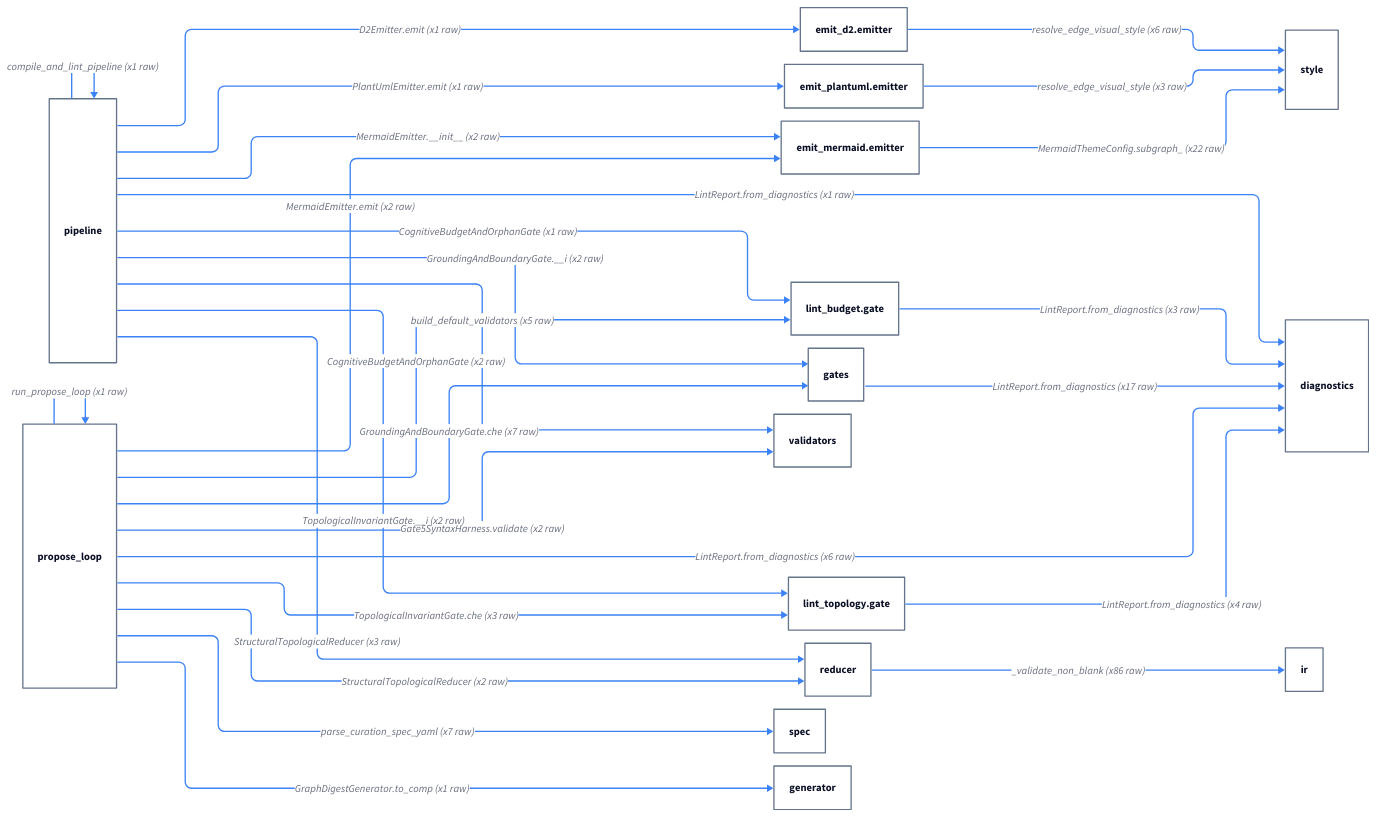
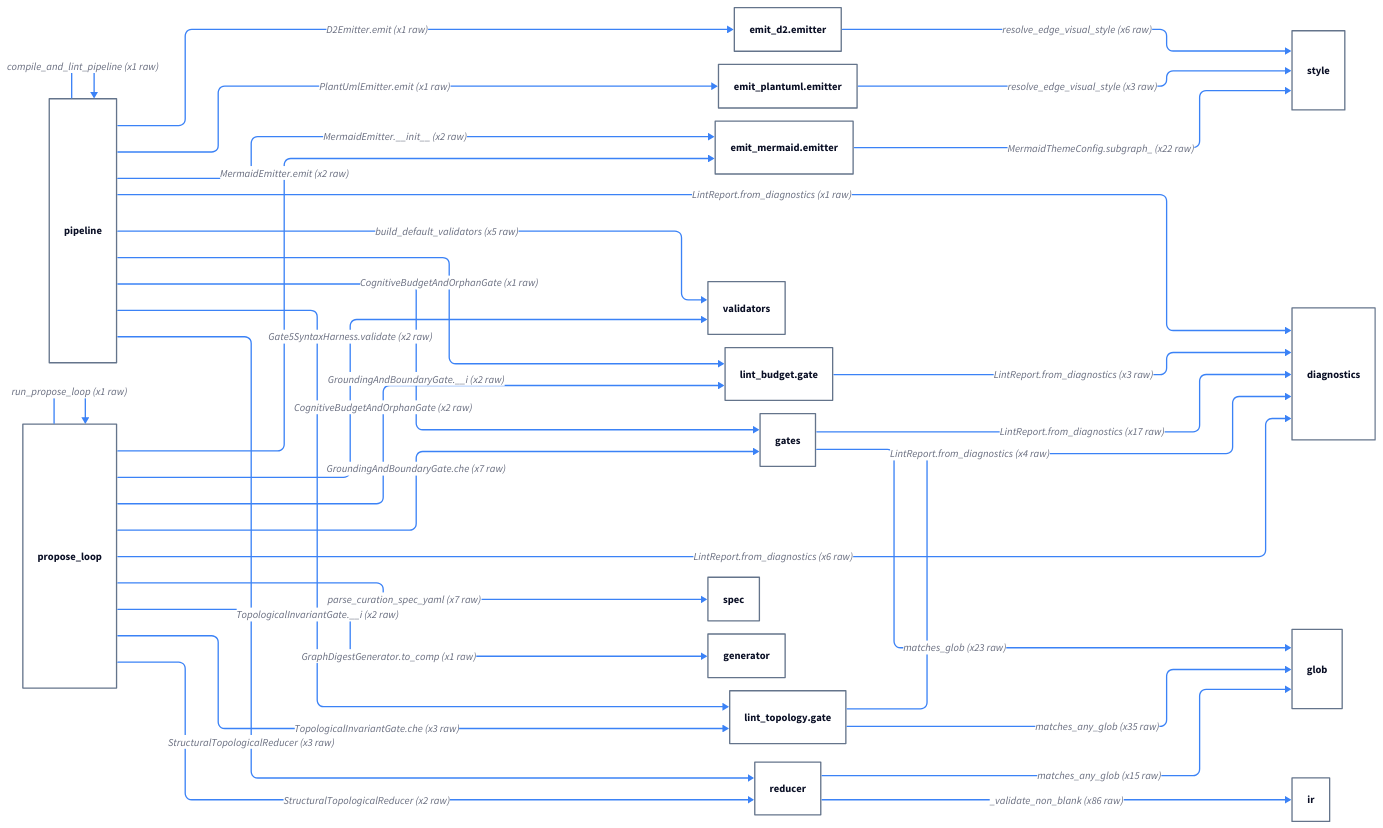
One commit to klcd/archigram changed the diagram in docs/architecture/diagrams/showcase_trace_triage.1_original.d2. Above: the diagram before and after it, drawn with D2. The commit also changed 49 other files, not shown here.

Commit message:
fix(domain): unify hierarchical glob matching across gates

```diff
--- a/docs/architecture/diagrams/showcase_trace_triage.1_original.d2
+++ b/docs/architecture/diagrams/showcase_trace_triage.1_original.d2
@@ -1,151 +1,164 @@
 vars: {
   d2-config: {
     layout-engine: elk
     theme-id: 0
     dark-theme-id: 200
   }
 }
 style.fill: transparent
 
 direction: right
 "archigram.domain.diagnostics": "diagnostics" {
+  style.fill: transparent
+  style.stroke: "#64748b"
+}
+"archigram.domain.glob": "glob" {
   style.fill: transparent
   style.stroke: "#64748b"
 }
 "archigram.domain.ir": "ir" {
   style.fill: transparent
   style.stroke: "#64748b"
 }
 "archigram.domain.spec": "spec" {
   style.fill: transparent
   style.stroke: "#64748b"
 }
 "archigram.domain.style": "style" {
   style.fill: transparent
   style.stroke: "#64748b"
 }
 "archigram.entrypoints.cli.pipeline": "pipeline" {
   style.fill: transparent
   style.stroke: "#64748b"
 }
 "archigram.entrypoints.mcp.propose_loop": "propose_loop" {
   style.fill: transparent
   style.stroke: "#64748b"
 }
 "archigram.features.digest.generator": "generator" {
   style.fill: transparent
   style.stroke: "#64748b"
 }
 "archigram.features.emit_d2.emitter": "emit_d2.emitter" {
   style.fill: transparent
   style.stroke: "#64748b"
 }
 "archigram.features.emit_mermaid.emitter": "emit_mermaid.emitter" {
   style.fill: transparent
   style.stroke: "#64748b"
 }
 "archigram.features.emit_plantuml.emitter": "emit_plantuml.emitter" {
   style.fill: transparent
   style.stroke: "#64748b"
 }
 "archigram.features.lint_budget.gate": "lint_budget.gate" {
   style.fill: transparent
   style.stroke: "#64748b"
 }
 "archigram.features.lint_grounding.gates": "gates" {
   style.fill: transparent
   style.stroke: "#64748b"
 }
 "archigram.features.lint_syntax.validators": "validators" {
   style.fill: transparent
   style.stroke: "#64748b"
 }
 "archigram.features.lint_topology.gate": "lint_topology.gate" {
   style.fill: transparent
   style.stroke: "#64748b"
 }
 "archigram.features.reduce_structural.reducer": "reducer" {
   style.fill: transparent
   style.stroke: "#64748b"
 }
 "archigram.entrypoints.cli.pipeline" -> "archigram.domain.diagnostics": "LintReport.from_diagnostics (x1 raw)" {
   style.stroke: "#3b82f6"
 }
 "archigram.entrypoints.cli.pipeline" -> "archigram.entrypoints.cli.pipeline": "compile_and_lint_pipeline (x1 raw)" {
   style.stroke: "#3b82f6"
 }
 "archigram.entrypoints.cli.pipeline" -> "archigram.features.emit_d2.emitter": "D2Emitter.emit (x1 raw)" {
   style.stroke: "#3b82f6"
 }
 "archigram.entrypoints.cli.pipeline" -> "archigram.features.emit_mermaid.emitter": "MermaidEmitter.__init__ (x2 raw)" {
   style.stroke: "#3b82f6"
 }
 "archigram.entrypoints.cli.pipeline" -> "archigram.features.emit_plantuml.emitter": "PlantUmlEmitter.emit (x1 raw)" {
   style.stroke: "#3b82f6"
 }
 "archigram.entrypoints.cli.pipeline" -> "archigram.features.lint_budget.gate": "CognitiveBudgetAndOrphanGate (x1 raw)" {
   style.stroke: "#3b82f6"
 }
 "archigram.entrypoints.cli.pipeline" -> "archigram.features.lint_grounding.gates": "GroundingAndBoundaryGate.__i (x2 raw)" {
   style.stroke: "#3b82f6"
 }
 "archigram.entrypoints.cli.pipeline" -> "archigram.features.lint_syntax.validators": "build_default_validators (x5 raw)" {
   style.stroke: "#3b82f6"
 }
 "archigram.entrypoints.cli.pipeline" -> "archigram.features.lint_topology.gate": "TopologicalInvariantGate.__i (x2 raw)" {
   style.stroke: "#3b82f6"
 }
 "archigram.entrypoints.cli.pipeline" -> "archigram.features.reduce_structural.reducer": "StructuralTopologicalReducer (x3 raw)" {
   style.stroke: "#3b82f6"
 }
 "archigram.entrypoints.mcp.propose_loop" -> "archigram.domain.diagnostics": "LintReport.from_diagnostics (x6 raw)" {
   style.stroke: "#3b82f6"
 }
 "archigram.entrypoints.mcp.propose_loop" -> "archigram.domain.spec": "parse_curation_spec_yaml (x7 raw)" {
   style.stroke: "#3b82f6"
 }
 "archigram.entrypoints.mcp.propose_loop" -> "archigram.entrypoints.mcp.propose_loop": "run_propose_loop (x1 raw)" {
   style.stroke: "#3b82f6"
 }
 "archigram.entrypoints.mcp.propose_loop" -> "archigram.features.digest.generator": "GraphDigestGenerator.to_comp (x1 raw)" {
   style.stroke: "#3b82f6"
 }
 "archigram.entrypoints.mcp.propose_loop" -> "archigram.features.emit_mermaid.emitter": "MermaidEmitter.emit (x2 raw)" {
   style.stroke: "#3b82f6"
 }
 "archigram.entrypoints.mcp.propose_loop" -> "archigram.features.lint_budget.gate": "CognitiveBudgetAndOrphanGate (x2 raw)" {
   style.stroke: "#3b82f6"
 }
 "archigram.entrypoints.mcp.propose_loop" -> "archigram.features.lint_grounding.gates": "GroundingAndBoundaryGate.che (x7 raw)" {
   style.stroke: "#3b82f6"
 }
 "archigram.entrypoints.mcp.propose_loop" -> "archigram.features.lint_syntax.validators": "Gate5SyntaxHarness.validate (x2 raw)" {
   style.stroke: "#3b82f6"
 }
 "archigram.entrypoints.mcp.propose_loop" -> "archigram.features.lint_topology.gate": "TopologicalInvariantGate.che (x3 raw)" {
   style.stroke: "#3b82f6"
 }
 "archigram.entrypoints.mcp.propose_loop" -> "archigram.features.reduce_structural.reducer": "StructuralTopologicalReducer (x2 raw)" {
   style.stroke: "#3b82f6"
 }
 "archigram.features.emit_d2.emitter" -> "archigram.domain.style": "resolve_edge_visual_style (x6 raw)" {
   style.stroke: "#3b82f6"
 }
 "archigram.features.emit_mermaid.emitter" -> "archigram.domain.style": "MermaidThemeConfig.subgraph_ (x22 raw)" {
   style.stroke: "#3b82f6"
 }
 "archigram.features.emit_plantuml.emitter" -> "archigram.domain.style": "resolve_edge_visual_style (x3 raw)" {
   style.stroke: "#3b82f6"
 }
 "archigram.features.lint_budget.gate" -> "archigram.domain.diagnostics": "LintReport.from_diagnostics (x3 raw)" {
   style.stroke: "#3b82f6"
 }
 "archigram.features.lint_grounding.gates" -> "archigram.domain.diagnostics": "LintReport.from_diagnostics (x17 raw)" {
   style.stroke: "#3b82f6"
 }
+"archigram.features.lint_grounding.gates" -> "archigram.domain.glob": "matches_glob (x23 raw)" {
+  style.stroke: "#3b82f6"
+}
 "archigram.features.lint_topology.gate" -> "archigram.domain.diagnostics": "LintReport.from_diagnostics (x4 raw)" {
+  style.stroke: "#3b82f6"
+}
+"archigram.features.lint_topology.gate" -> "archigram.domain.glob": "matches_any_glob (x35 raw)" {
+  style.stroke: "#3b82f6"
+}
+"archigram.features.reduce_structural.reducer" -> "archigram.domain.glob": "matches_any_glob (x15 raw)" {
   style.stroke: "#3b82f6"
 }
 "archigram.features.reduce_structural.reducer" -> "archigram.domain.ir": "_validate_non_blank (x86 raw)" {
   style.stroke: "#3b82f6"
 }
```
